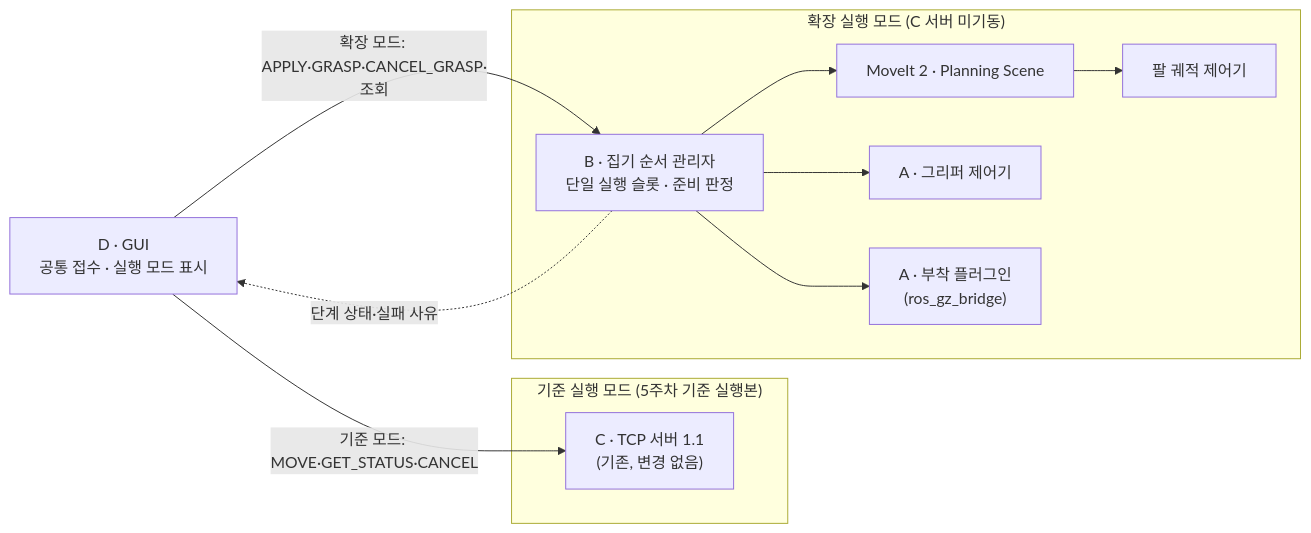
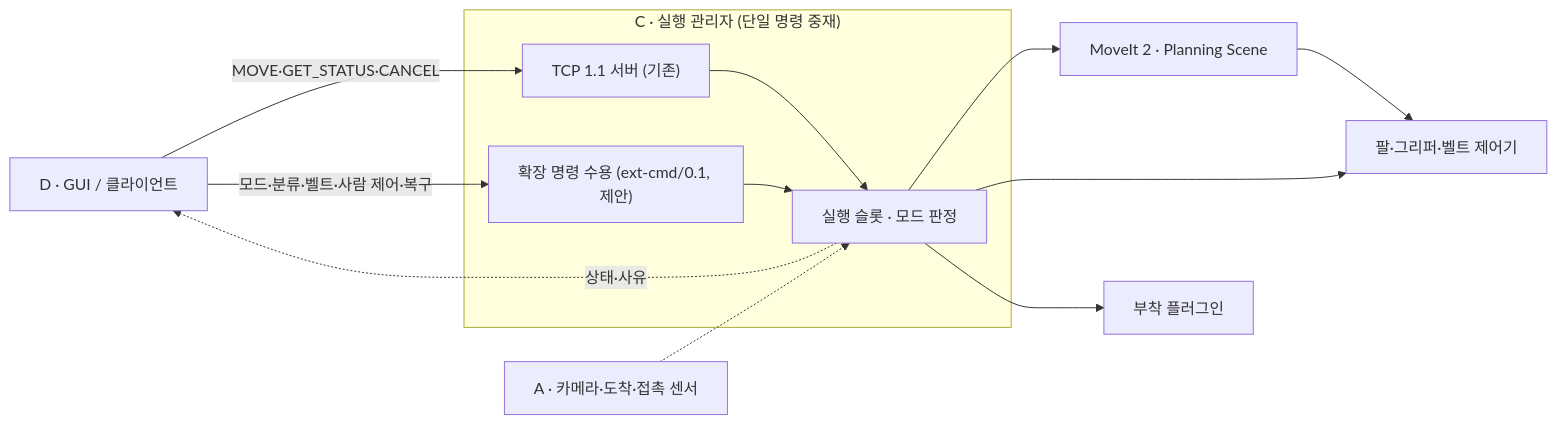
Before and after one commit to didgustmd23/EyetoArm: the diagram in docs/design/그리퍼_확장_상세설계.md, drawn with Mermaid. The commit also changed other lines of this file and 9 other files, not shown here.

````diff
--- a/docs/design/그리퍼_확장_상세설계.md
+++ b/docs/design/그리퍼_확장_상세설계.md
@@ -371,20 +233,22 @@
 ```mermaid
 flowchart LR
-    Gui["D · GUI<br/>공통 접수 · 실행 모드 표시"]
-    subgraph Base["기준 실행 모드 (5주차 기준 실행본)"]
-        Srv["C · TCP 서버 1.1<br/>(기존, 변경 없음)"]
+    Gui["D · GUI / 클라이언트"]
+    subgraph CExec["C · 실행 관리자 (단일 명령 중재)"]
+        Tcp["TCP 1.1 서버 (기존)"]
+        Ext["확장 명령 수용 (ext-cmd/0.1, 제안)"]
+        Arb["실행 슬롯 · 모드 판정"]
+        Tcp --> Arb
+        Ext --> Arb
     end
-    subgraph Ext["확장 실행 모드 (C 서버 미기동)"]
-        Mgr["B · 집기 순서 관리자<br/>단일 실행 슬롯 · 준비 판정"]
-        MoveIt["MoveIt 2 · Planning Scene"]
-        ArmCtl["팔 궤적 제어기"]
-        GripCtl["A · 그리퍼 제어기"]
-        Attach["A · 부착 플러그인<br/>(ros_gz_bridge)"]
-    end
-    Gui -->|"기준 모드: MOVE·GET_STATUS·CANCEL"| Srv
-    Gui -->|"확장 모드: APPLY·GRASP·CANCEL_GRASP·조회"| Mgr
-    Mgr --> MoveIt --> ArmCtl
-    Mgr --> GripCtl
-    Mgr --> Attach
-    Mgr -. 단계 상태·실패 사유 .-> Gui
+    MoveIt["MoveIt 2 · Planning Scene"]
+    Ctl["팔·그리퍼·벨트 제어기"]
+    Att["부착 플러그인"]
+    Sens["A · 카메라·도착·접촉 센서"]
+    Gui -->|"MOVE·GET_STATUS·CANCEL"| Tcp
+    Gui -->|"모드·분류·벨트·사람 제어·복구"| Ext
+    Arb --> MoveIt --> Ctl
+    Arb --> Ctl
+    Arb --> Att
+    Sens -.-> Arb
+    Arb -. 상태·사유 .-> Gui
 ```
````
